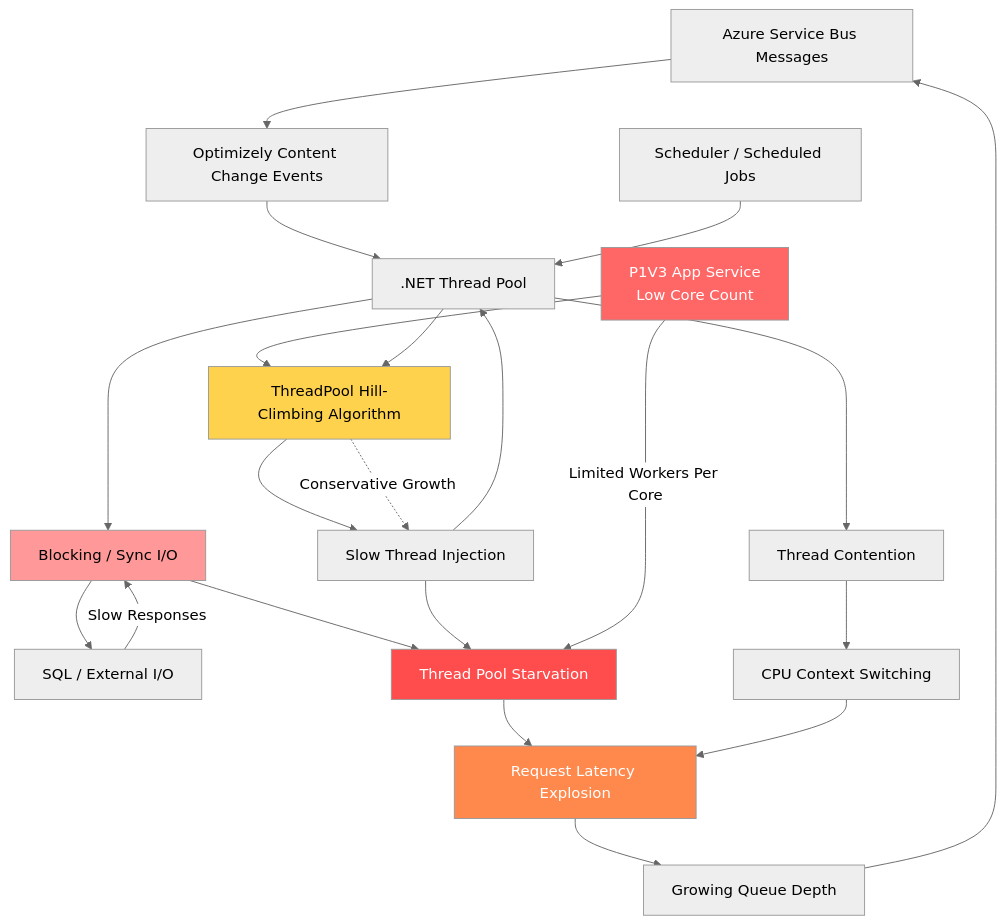
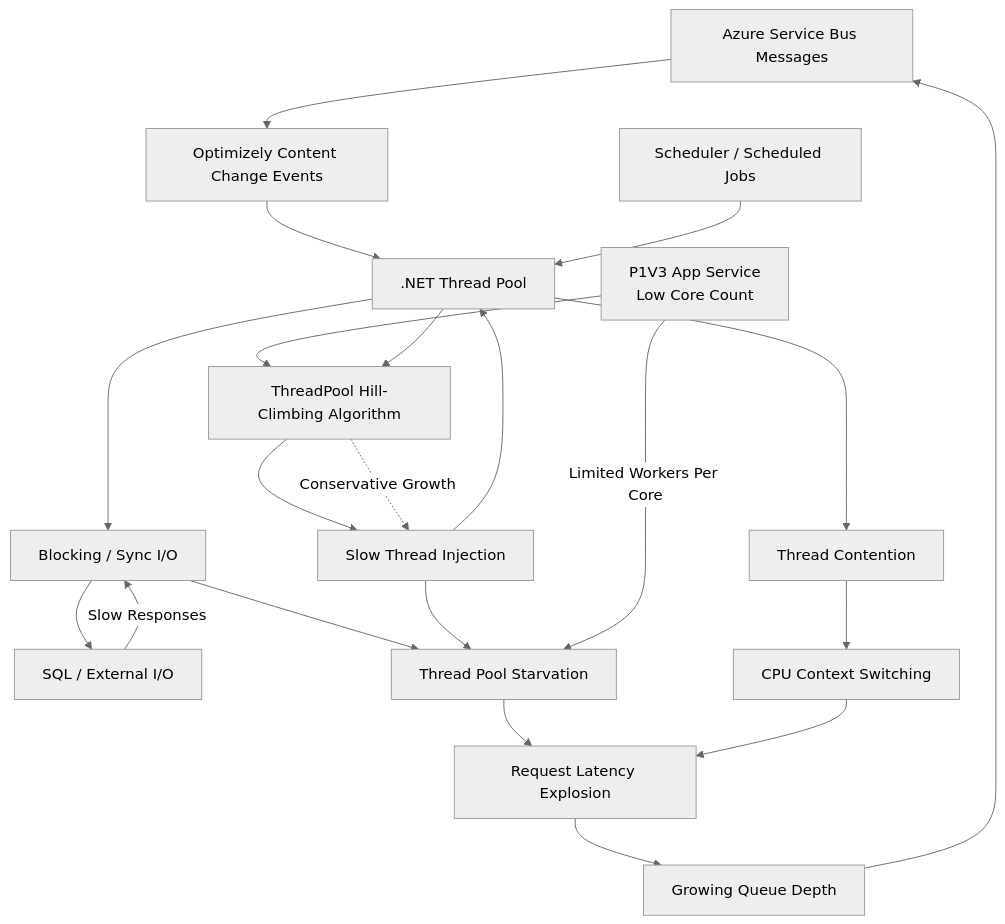
One commit to jeff-fischer-optimizely/Performance changed the diagram in README.md. Above: the diagram before and after it, drawn with Mermaid (neutral theme).

Commit message:
Removing unsupported style

````diff
--- a/README.md
+++ b/README.md
@@ -11,56 +11,50 @@
 ```mermaid
 flowchart TD
 
     SB[Azure Service Bus Messages]
     CE[Optimizely Content Change Events]
     TP[.NET Thread Pool]
     SCH[Scheduler / Scheduled Jobs]
     APP[P1V3 App Service<br/>Low Core Count]
     SQL[SQL / External I/O]
     HC[ThreadPool Hill-Climbing Algorithm]
     STARVE[Thread Pool Starvation]
     LAT[Request Latency Explosion]
     SCALE[Slow Thread Injection]
     BLOCK[Blocking / Sync I/O]
     CONT[Thread Contention]
     CPU[CPU Context Switching]
     QDEPTH[Growing Queue Depth]
 
     SB --> CE
     CE --> TP
     SCH --> TP
 
     TP --> BLOCK
     BLOCK --> SQL
 
     APP --> HC
 
     TP --> HC
 
     HC --> SCALE
     SCALE --> TP
 
     BLOCK --> STARVE
     SCALE --> STARVE
 
     STARVE --> LAT
     LAT --> QDEPTH
 
     QDEPTH --> SB
 
     TP --> CONT
     CONT --> CPU
     CPU --> LAT
 
     APP -->|Limited Workers Per Core| STARVE
 
     SQL -->|Slow Responses| BLOCK
 
     HC -.->|Conservative Growth| SCALE
-
-    style STARVE fill:#ff4d4d,color:#fff
-    style LAT fill:#ff884d,color:#fff
-    style HC fill:#ffd24d,color:#000
-    style APP fill:#ff6666,color:#fff
-    style BLOCK fill:#ff9999,color:#000
 ```
````
